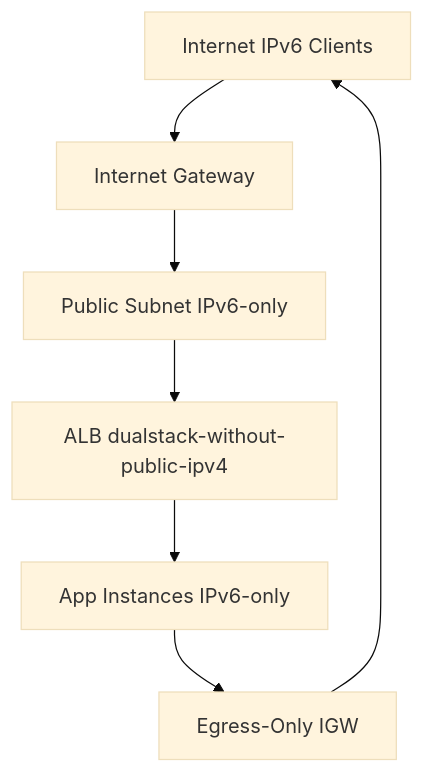
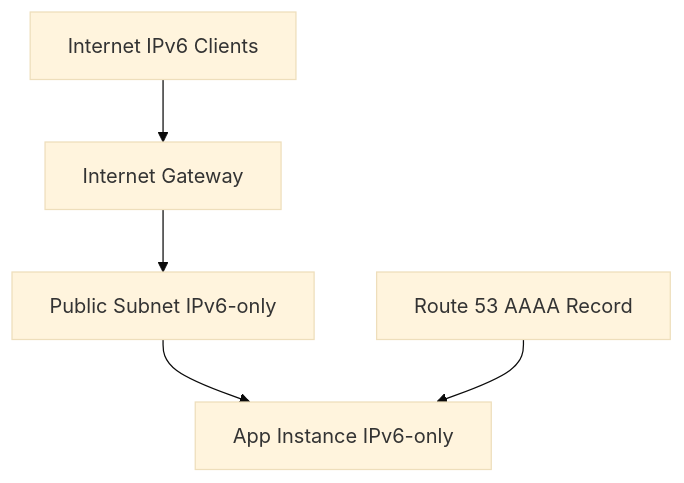
Before and after one commit to OneUptime/blog: the diagram in posts/2026-03-20-ipv6-only-infrastructure-terraform/README.md, drawn with Mermaid (base theme). The commit also changed other lines of this file and 2 other files, not shown here.

Commit message:
validate: 2026-03-20-ipv6-only-infrastructure-terraform

````diff
--- a/posts/2026-03-20-ipv6-only-infrastructure-terraform/README.md
+++ b/posts/2026-03-20-ipv6-only-infrastructure-terraform/README.md
@@ -13,9 +13,7 @@
 ```mermaid
 flowchart TD
     I[Internet IPv6 Clients] --> IGW[Internet Gateway]
     IGW --> PUB[Public Subnet IPv6-only]
-    PUB --> ALB[ALB dualstack-without-public-ipv4]
-    ALB --> APP[App Instances IPv6-only]
-    APP --> EIGW[Egress-Only IGW]
-    EIGW --> I
+    PUB --> APP[App Instance IPv6-only]
+    DNS[Route 53 AAAA Record] --> APP
 ```
````
